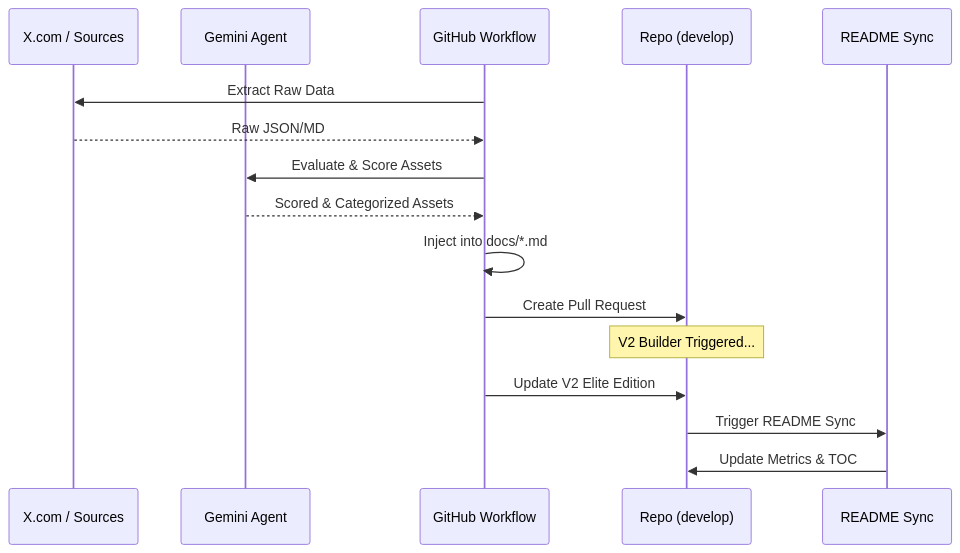
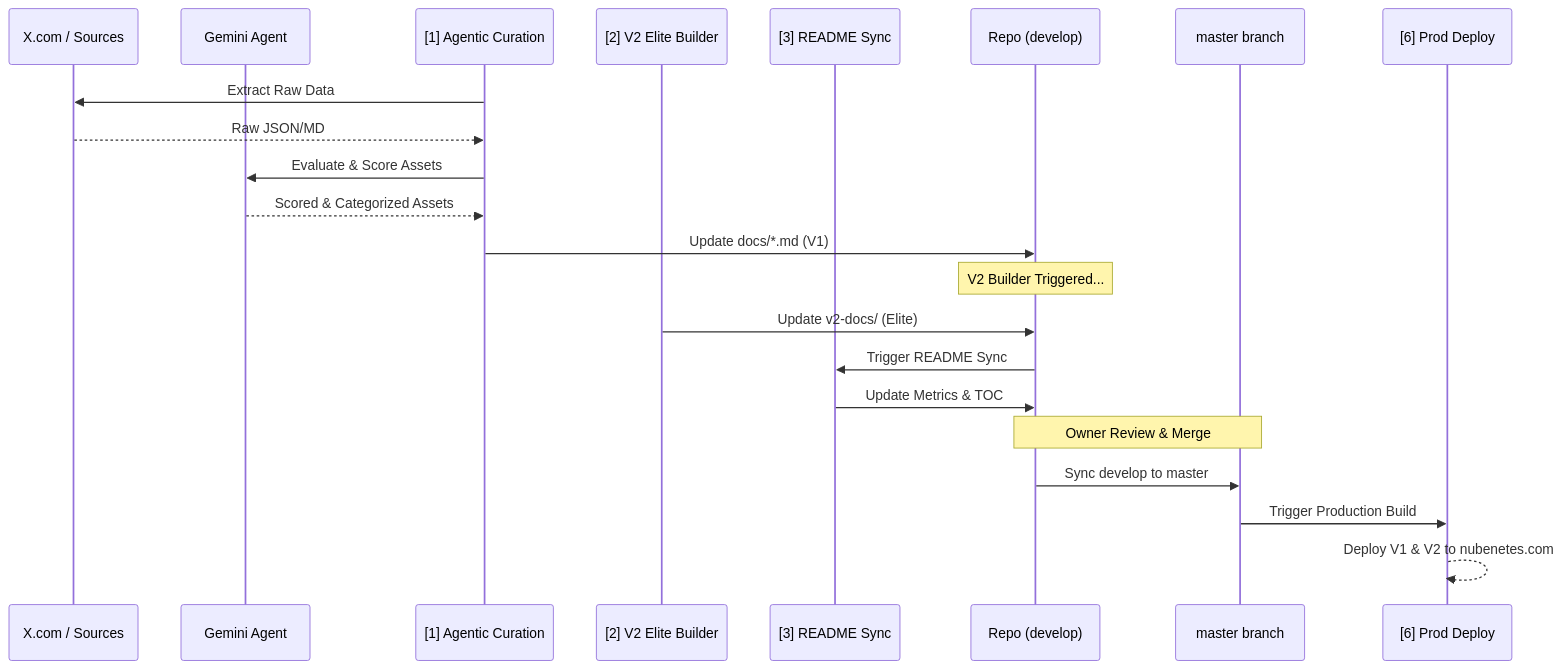
The fourth of 5 diagrams in README.md (nubenetes/awesome-kubernetes), drawn with Mermaid before and after one commit. The commit also changed other lines of this file, not shown here.

Commit message:
docs: overhaul workflow inventory with numbering, links, and pipeline phases

````diff
--- a/README.md
+++ b/README.md
@@ -243,19 +253,25 @@
 ```mermaid
 sequenceDiagram
     participant X as X.com / Sources
     participant G as Gemini Agent
-    participant W as GitHub Workflow
+    participant W1 as [1] Agentic Curation
+    participant W2 as [2] V2 Elite Builder
+    participant W3 as [3] README Sync
     participant R as Repo (develop)
-    participant S as README Sync
+    participant M as master branch
+    participant P as [6] Prod Deploy
 
-    W->>X: Extract Raw Data
-    X-->>W: Raw JSON/MD
-    W->>G: Evaluate & Score Assets
-    G-->>W: Scored & Categorized Assets
-    W->>W: Inject into docs/*.md
-    W->>R: Create Pull Request
+    W1->>X: Extract Raw Data
+    X-->>W1: Raw JSON/MD
+    W1->>G: Evaluate & Score Assets
+    G-->>W1: Scored & Categorized Assets
+    W1->>R: Update docs/*.md (V1)
     Note over R: V2 Builder Triggered...
-    W->>R: Update V2 Elite Edition
-    R->>S: Trigger README Sync
-    S->>R: Update Metrics & TOC
+    W2->>R: Update v2-docs/ (Elite)
+    R->>W3: Trigger README Sync
+    W3->>R: Update Metrics & TOC
+    Note over R, M: Owner Review & Merge
+    R->>M: Sync develop to master
+    M->>P: Trigger Production Build
+    P-->>P: Deploy V1 & V2 to nubenetes.com
 ```
````
